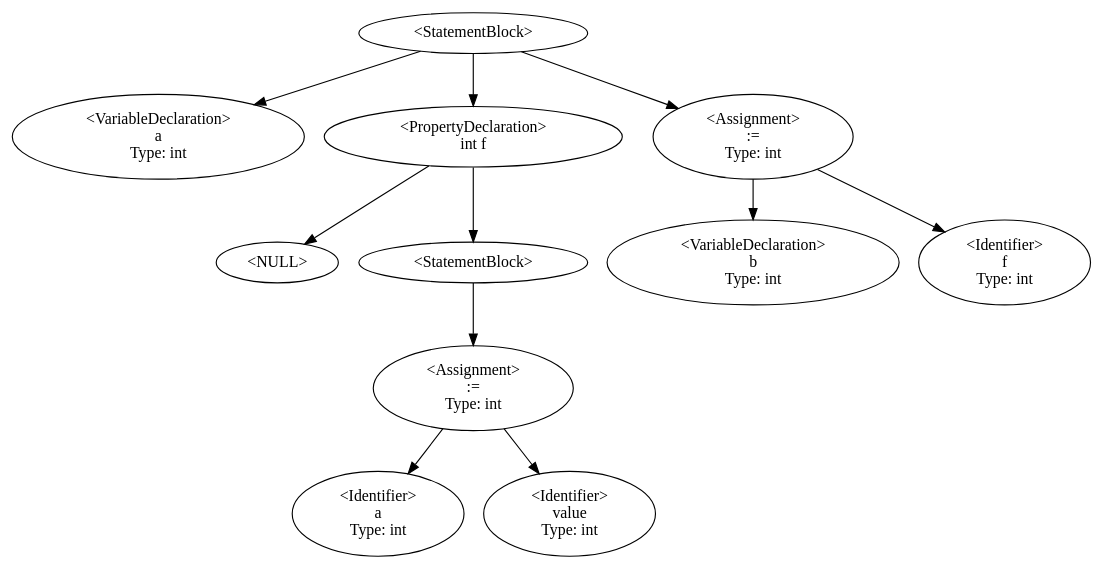
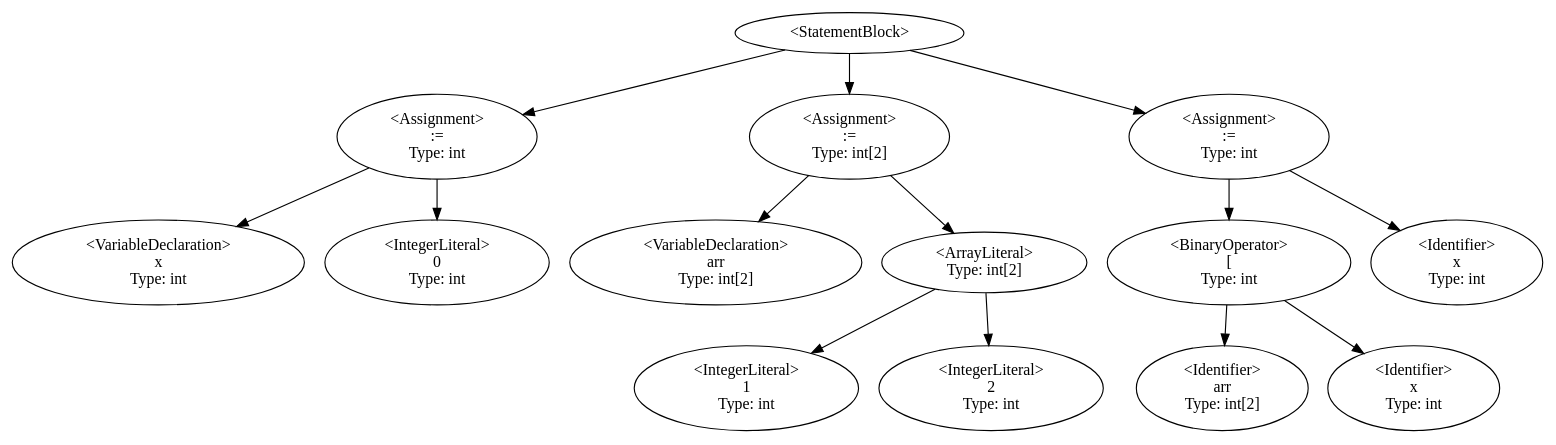
The diagram in Dino/Dino/DstDisplay.gv (QazmoQwerty/dino), drawn with Graphviz before and after one commit. The commit also changed 4 other files, not shown here.

```diff
--- a/Dino/Dino/DstDisplay.gv
+++ b/Dino/Dino/DstDisplay.gv
@@ -1,19 +1,28 @@
 digraph G {
-8 [label="<StatementBlock>"];8->9;8->17;8->21;
-9 [label="<VariableDeclaration>\na
+8 [label="<StatementBlock>"];8->13;8->28;8->34;
+13 [label="<Assignment>\n:=
+Type: int"];13->11;13->9;
+11 [label="<VariableDeclaration>\nx
 Type: int"];
-17 [label="<PropertyDeclaration>\nint f"];17->-1;-1 [label="<NULL>"];17->12;
-12 [label="<StatementBlock>"];12->15;
-15 [label="<Assignment>\n:=
-Type: int"];15->14;15->13;
-14 [label="<Identifier>\na
+9 [label="<IntegerLiteral>\n0
 Type: int"];
-13 [label="<Identifier>\nvalue
+28 [label="<Assignment>\n:=
+Type: int[2]"];28->22;28->20;
+22 [label="<VariableDeclaration>\narr
+Type: int[2]"];
+20 [label="<ArrayLiteral>\nType: int[2]"];20->16;20->18;
+16 [label="<IntegerLiteral>\n1
 Type: int"];
-21 [label="<Assignment>\n:=
-Type: int"];21->19;21->18;
-19 [label="<VariableDeclaration>\nb
+18 [label="<IntegerLiteral>\n2
 Type: int"];
-18 [label="<Identifier>\nf
+34 [label="<Assignment>\n:=
+Type: int"];34->32;34->29;
+32 [label="<BinaryOperator>\n[
+Type: int"];32->31;32->30;
+31 [label="<Identifier>\narr
+Type: int[2]"];
+30 [label="<Identifier>\nx
+Type: int"];
+29 [label="<Identifier>\nx
 Type: int"];
 }
```
